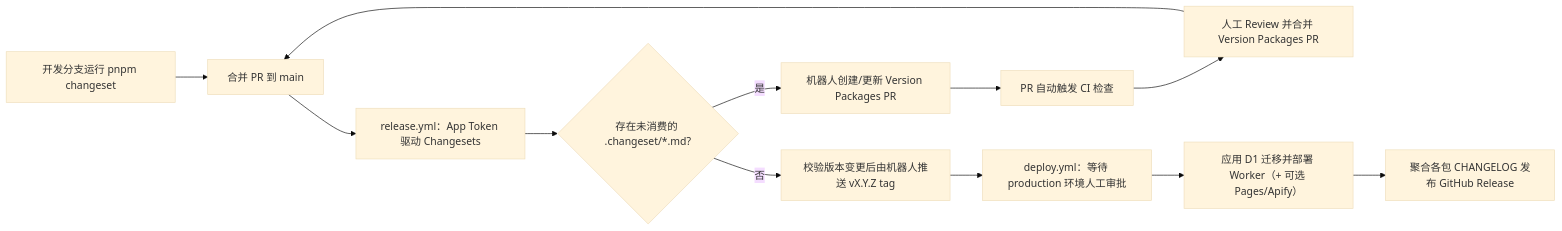
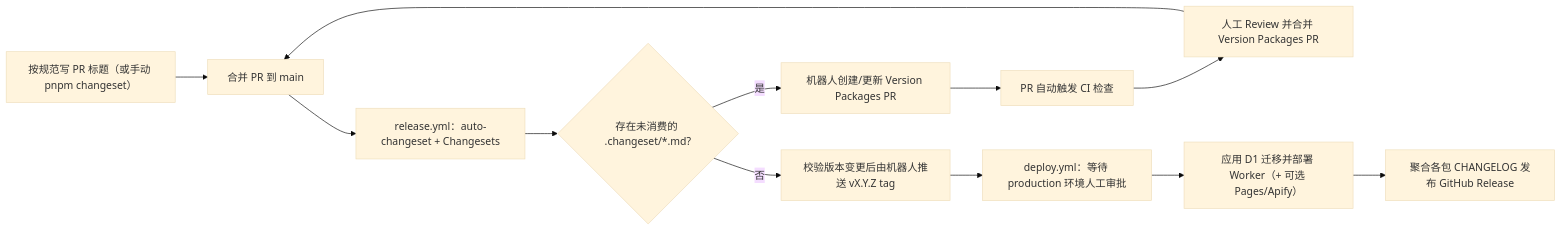
The diagram in docs/RELEASING.md (pingshazikdjnd/zhihu-backup), drawn with Mermaid (base theme) before and after one commit. The commit also changed other lines of this file and 1 other file, not shown here.

Commit message:
ci: handle non-ASCII paths and squash PR bodies in auto-changeset

````diff
--- a/docs/RELEASING.md
+++ b/docs/RELEASING.md
@@ -7,14 +7,14 @@
 ```mermaid
 flowchart LR
-  A["开发分支运行 pnpm changeset"] --> B["合并 PR 到 main"]
-  B --> C["release.yml：App Token 驱动 Changesets"]
+  A["按规范写 PR 标题（或手动 pnpm changeset）"] --> B["合并 PR 到 main"]
+  B --> C["release.yml：auto-changeset + Changesets"]
   C --> D{"存在未消费的 .changeset/*.md?"}
   D -- 是 --> E["机器人创建/更新 Version Packages PR"]
   E --> F["PR 自动触发 CI 检查"]
   F --> G["人工 Review 并合并 Version Packages PR"]
   G --> B
   D -- 否 --> H["校验版本变更后由机器人推送 vX.Y.Z tag"]
   H --> I["deploy.yml：等待 production 环境人工审批"]
   I --> J["应用 D1 迁移并部署 Worker（+ 可选 Pages/Apify）"]
   J --> K["聚合各包 CHANGELOG 发布 GitHub Release"]
 ```
````
